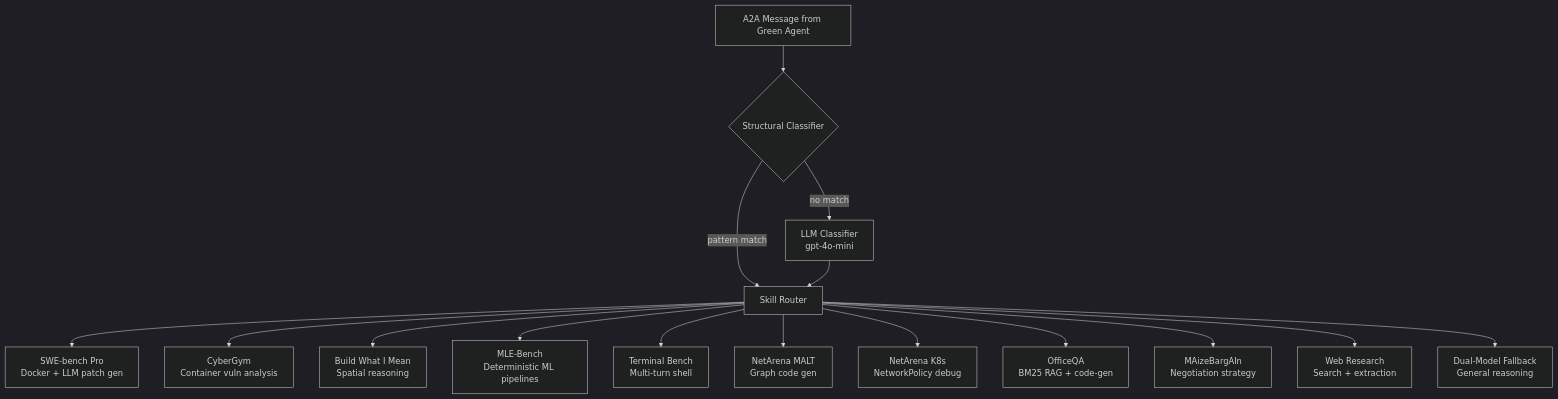
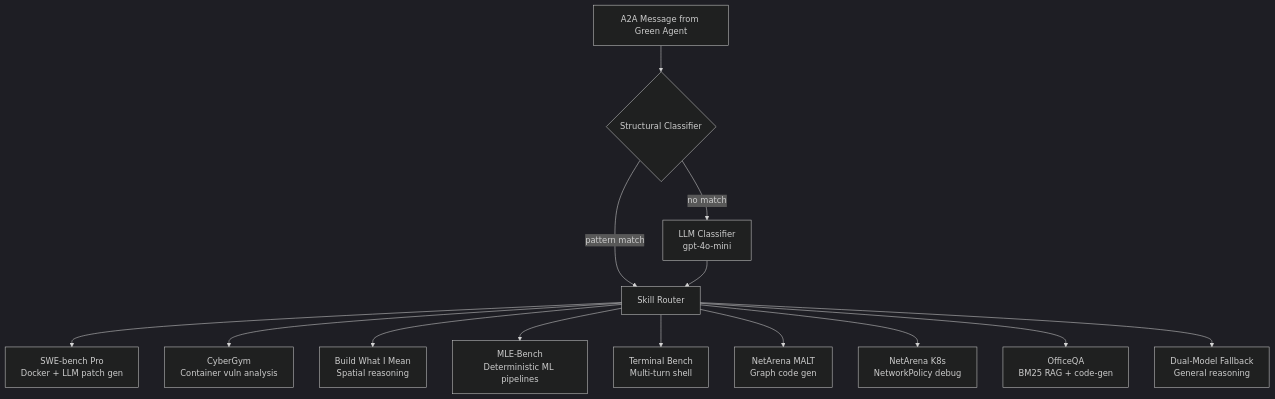
Before and after one commit to paulwhitten/AgentWhetters-dispatch-general-purple: the diagram in README.md, drawn with Mermaid (dark theme). The commit also changed other lines of this file, not shown here.

````diff
--- a/README.md
+++ b/README.md
@@ -23,19 +23,17 @@
 ```mermaid
 flowchart TD
     A[A2A Message from Green Agent] --> B{Structural Classifier}
     B -->|pattern match| D[Skill Router]
     B -->|no match| C[LLM Classifier<br/>gpt-4o-mini]
     C --> D
 
     D --> E[SWE-bench Pro<br/>Docker + LLM patch gen]
     D --> F[CyberGym<br/>Container vuln analysis]
     D --> G[Build What I Mean<br/>Spatial reasoning]
     D --> H[MLE-Bench<br/>Deterministic ML pipelines]
     D --> I[Terminal Bench<br/>Multi-turn shell]
     D --> J[NetArena MALT<br/>Graph code gen]
     D --> K[NetArena K8s<br/>NetworkPolicy debug]
     D --> L[OfficeQA<br/>BM25 RAG + code-gen]
-    D --> M[MAizeBargAIn<br/>Negotiation strategy]
-    D --> N[Web Research<br/>Search + extraction]
     D --> O[Dual-Model Fallback<br/>General reasoning]
 ```
````
